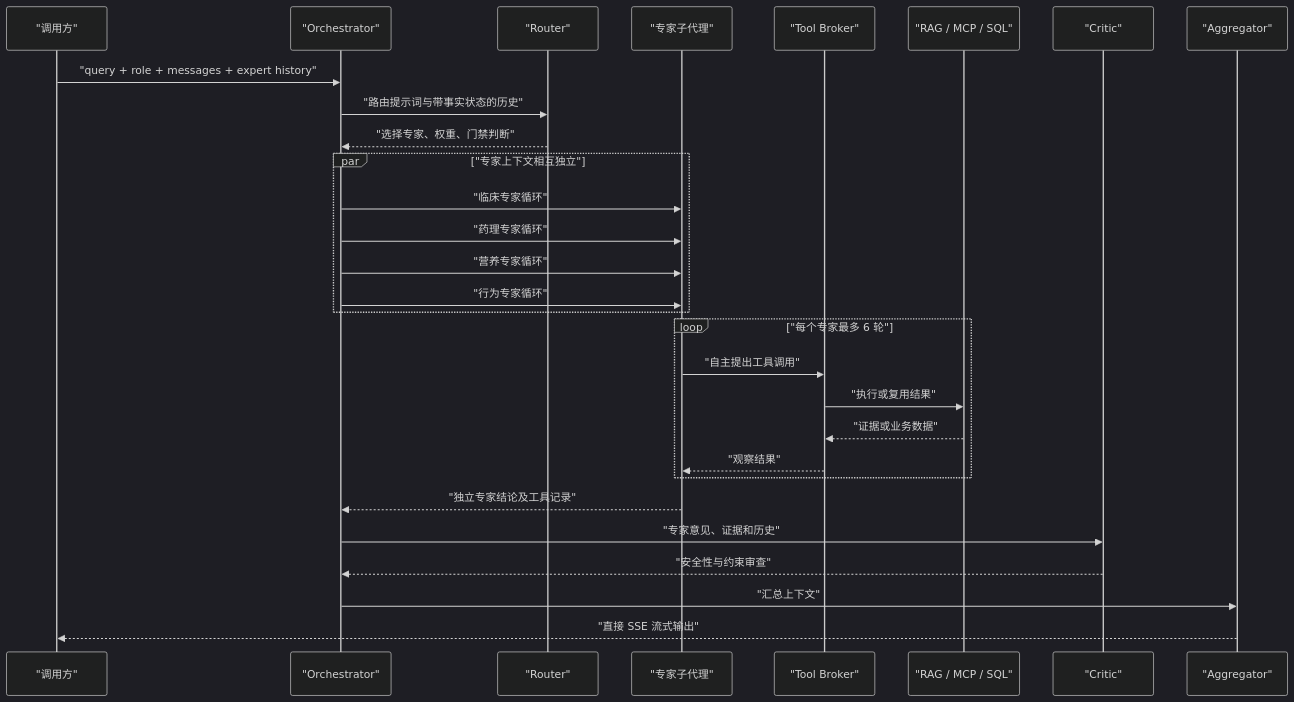
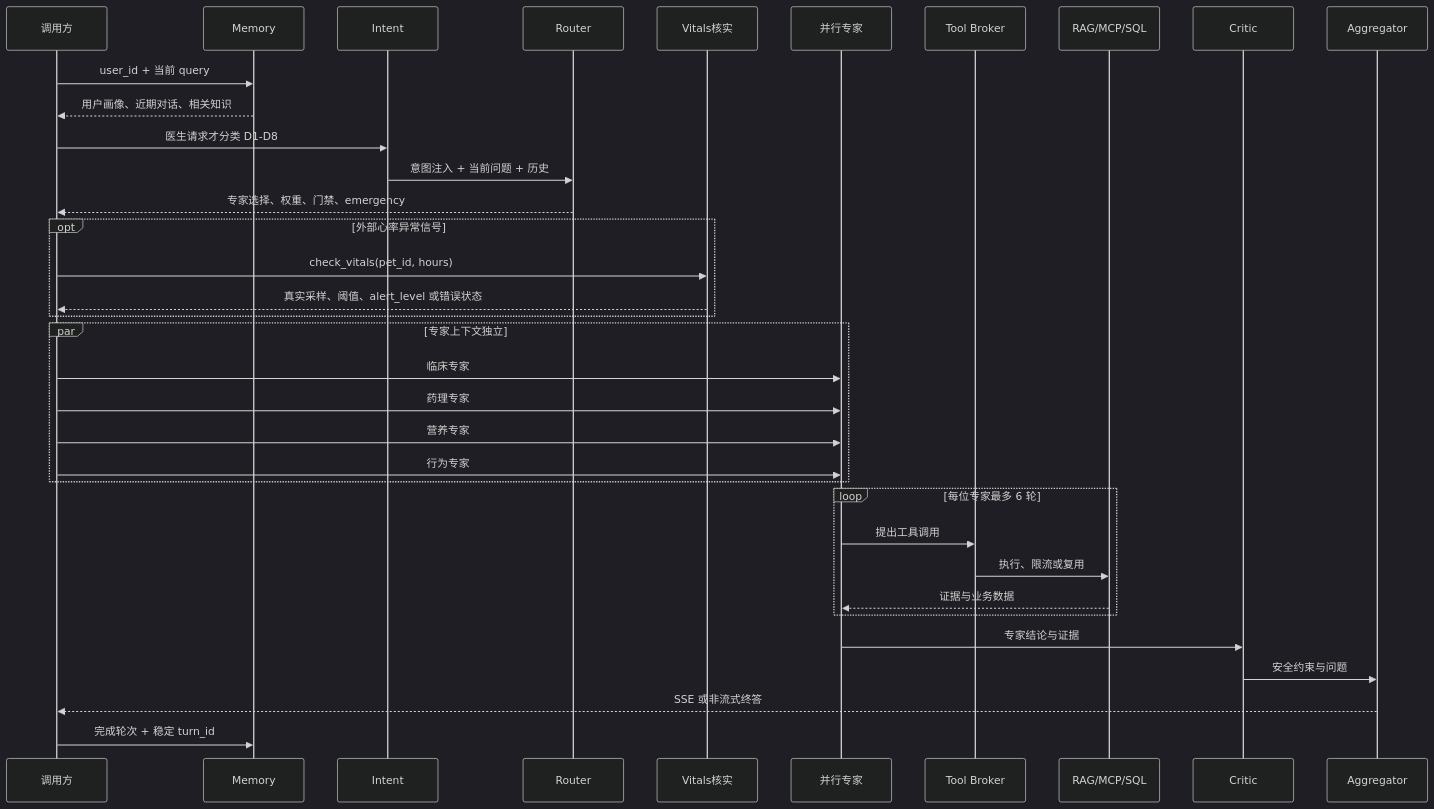
Before and after one commit to GeorgeGuo1215/Animal_detection2: the second of 4 diagrams in agentAndRag/agent.md, drawn with Mermaid (dark theme). The commit also changed other lines of this file and 3 other files, not shown here.

````diff
--- a/agentAndRag/agent.md
+++ b/agentAndRag/agent.md
@@ -144,32 +250,38 @@
 ```mermaid
 sequenceDiagram
-    participant U as "调用方"
-    participant O as "Orchestrator"
-    participant R as "Router"
-    participant E as "专家子代理"
-    participant B as "Tool Broker"
-    participant T as "RAG / MCP / SQL"
-    participant C as "Critic"
-    participant A as "Aggregator"
+    participant U as 调用方
+    participant M as Memory
+    participant I as Intent
+    participant R as Router
+    participant V as Vitals核实
+    participant E as 并行专家
+    participant B as Tool Broker
+    participant T as RAG/MCP/SQL
+    participant C as Critic
+    participant A as Aggregator
 
-    U->>O: "query + role + messages + expert history"
-    O->>R: "路由提示词与带事实状态的历史"
-    R-->>O: "选择专家、权重、门禁判断"
-    par "专家上下文相互独立"
-        O->>E: "临床专家循环"
-        O->>E: "药理专家循环"
-        O->>E: "营养专家循环"
-        O->>E: "行为专家循环"
+    U->>M: user_id + 当前 query
+    M-->>U: 用户画像、近期对话、相关知识
+    U->>I: 医生请求才分类 D1-D8
+    I->>R: 意图注入 + 当前问题 + 历史
+    R-->>U: 专家选择、权重、门禁、emergency
+    opt 外部心率异常信号
+        U->>V: check_vitals(pet_id, hours)
+        V-->>U: 真实采样、阈值、alert_level 或错误状态
     end
-    loop "每个专家最多 6 轮"
-        E->>B: "自主提出工具调用"
-        B->>T: "执行或复用结果"
-        T-->>B: "证据或业务数据"
-        B-->>E: "观察结果"
+    par 专家上下文独立
+        U->>E: 临床专家
+        U->>E: 药理专家
+        U->>E: 营养专家
+        U->>E: 行为专家
     end
-    E-->>O: "独立专家结论及工具记录"
-    O->>C: "专家意见、证据和历史"
-    C-->>O: "安全性与约束审查"
-    O->>A: "汇总上下文"
-    A-->>U: "直接 SSE 流式输出"
+    loop 每位专家最多 6 轮
+        E->>B: 提出工具调用
+        B->>T: 执行、限流或复用
+        T-->>E: 证据与业务数据
+    end
+    E->>C: 专家结论与证据
+    C->>A: 安全约束与问题
+    A-->>U: SSE 或非流式终答
+    U->>M: 完成轮次 + 稳定 turn_id
 ```
````
